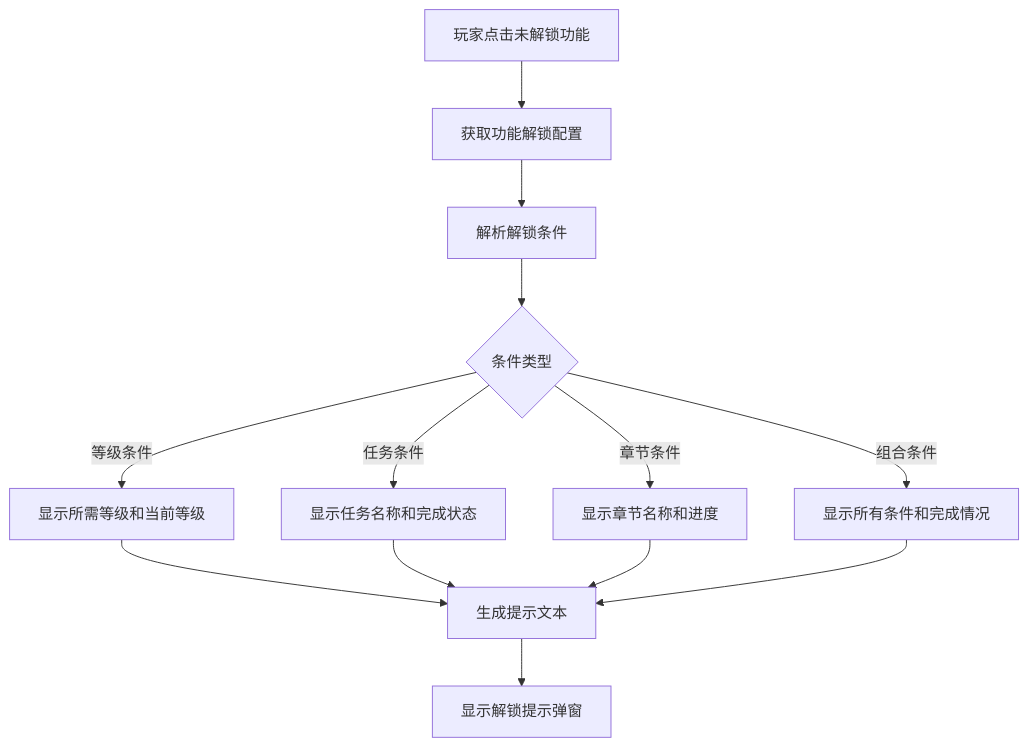
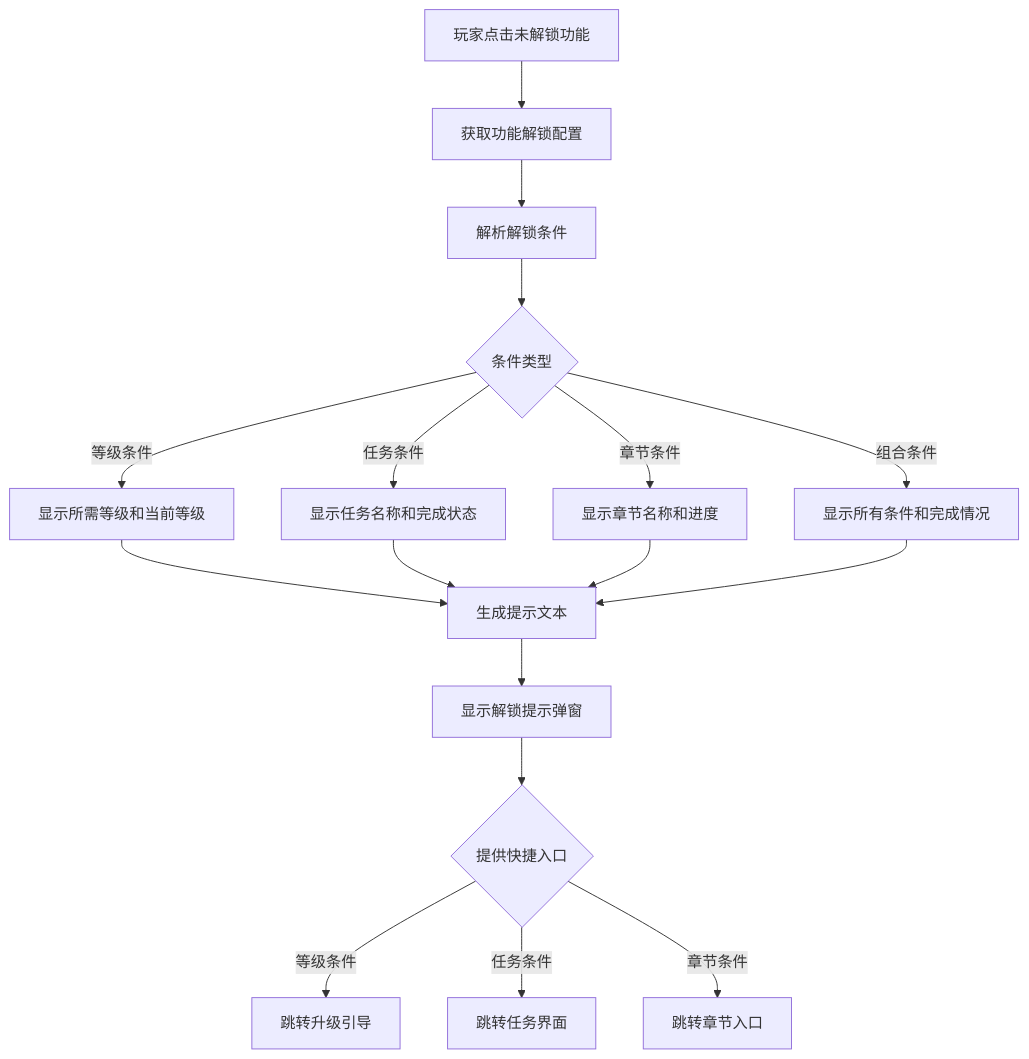
One commit to Alan-Ben/k2c_game_framework changed the fifth of 7 diagrams in docs/Module_FuncUnlock/05_完整说明.md. Above: the diagram before and after it, drawn with Mermaid. The commit also changed other lines of this file and 10 other files, not shown here.

````diff
--- a/docs/Module_FuncUnlock/05_完整说明.md
+++ b/docs/Module_FuncUnlock/05_完整说明.md
@@ -138,15 +222,22 @@
 ```mermaid
 flowchart TD
     A[玩家点击未解锁功能] --> B[获取功能解锁配置]
     B --> C[解析解锁条件]
     C --> D{条件类型}
+
     D -->|等级条件| E[显示所需等级和当前等级]
     D -->|任务条件| F[显示任务名称和完成状态]
     D -->|章节条件| G[显示章节名称和进度]
     D -->|组合条件| H[显示所有条件和完成情况]
+
     E --> I[生成提示文本]
     F --> I
     G --> I
     H --> I
+
     I --> J[显示解锁提示弹窗]
+    J --> K{提供快捷入口}
+    K -->|等级条件| L[跳转升级引导]
+    K -->|任务条件| M[跳转任务界面]
+    K -->|章节条件| N[跳转章节入口]
 ```
````
